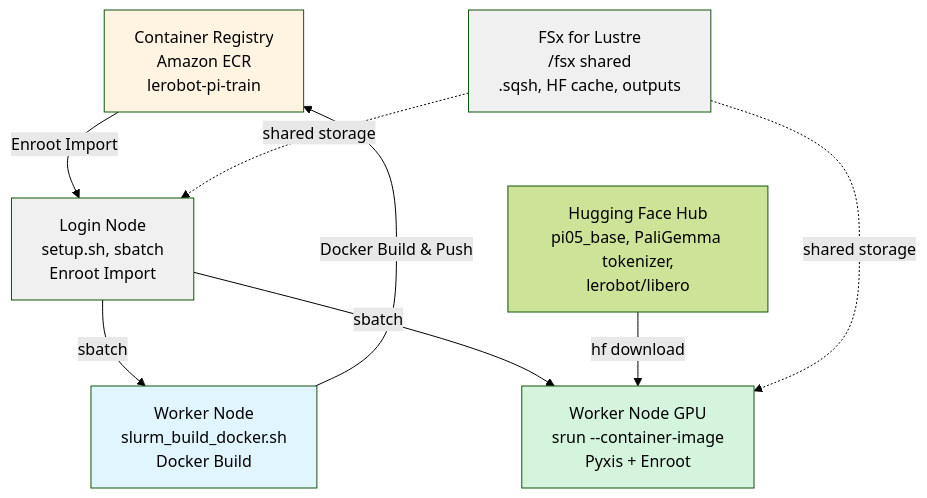
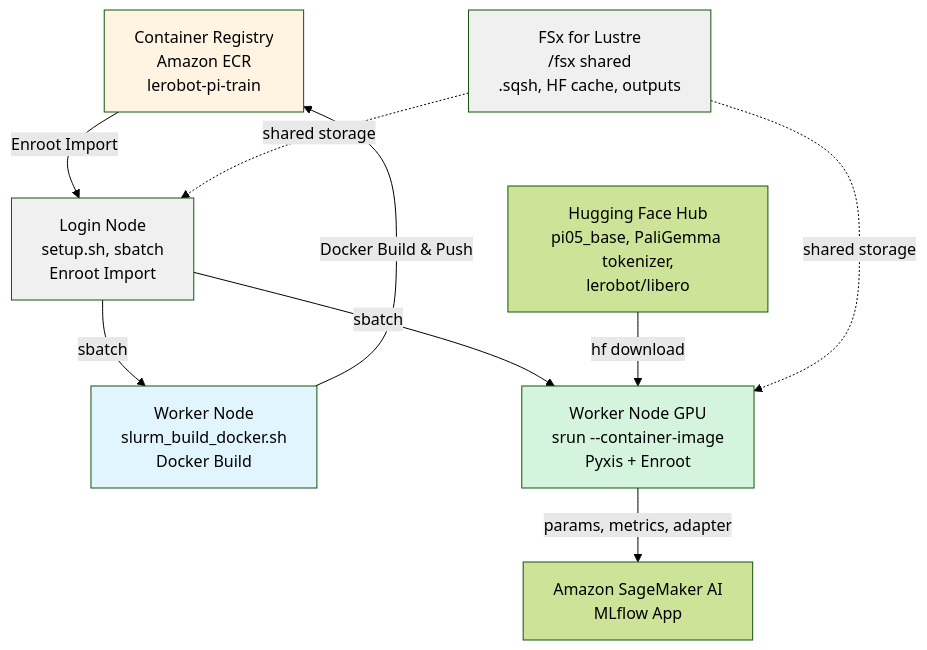
Before and after one commit to aws-samples/sample-physical-ai-scaffolding-kit: the diagram in samples/lerobot-openpi/docs/ko/lerobot_pi05_training.md, drawn with Mermaid (forest theme). The commit also changed other lines of this file and 29 other files, not shown here.

First line of the commit message:
feat/hyperpod: add MLflow App for training tracking

````diff
--- a/samples/lerobot-openpi/docs/ko/lerobot_pi05_training.md
+++ b/samples/lerobot-openpi/docs/ko/lerobot_pi05_training.md
@@ -39,23 +41,25 @@
 ```mermaid
 flowchart TB
     hf[Hugging Face Hub<br/>pi05_base, PaliGemma tokenizer,<br/>lerobot/libero]
     ecr[Container Registry<br/>Amazon ECR<br/>lerobot-pi-train]
     login[Login Node<br/>setup.sh, sbatch<br/>Enroot Import]
     fsx[FSx for Lustre<br/>/fsx shared<br/>.sqsh, HF cache, outputs]
     build[Worker Node<br/>slurm_build_docker.sh<br/>Docker Build]
     compute[Worker Node GPU<br/>srun --container-image<br/>Pyxis + Enroot]
+    mlflow[Amazon SageMaker AI<br/>MLflow App]
 
     login -->|sbatch| build
     build -->|Docker Build & Push| ecr
     ecr -->|Enroot Import| login
     login -->|sbatch| compute
     hf -->|hf download| compute
     fsx -.->|shared storage| login
     fsx -.->|shared storage| compute
+    compute -->|params, metrics, adapter| mlflow
 
     style ecr fill:#fff4e1
     style login fill:#f0f0f0
     style fsx fill:#f0f0f0
     style build fill:#e1f5ff
     style compute fill:#d4f4dd
 ```
````
